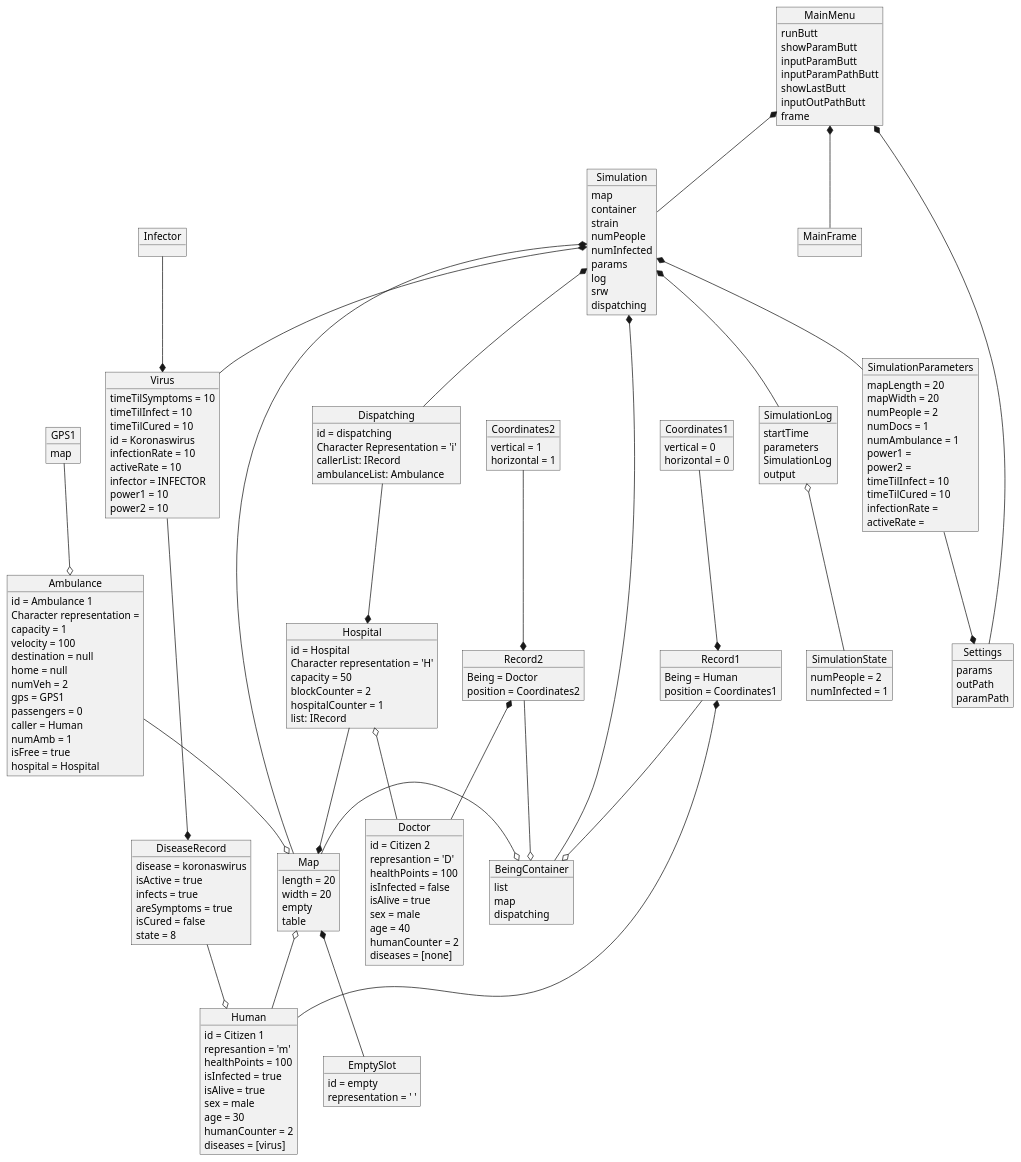
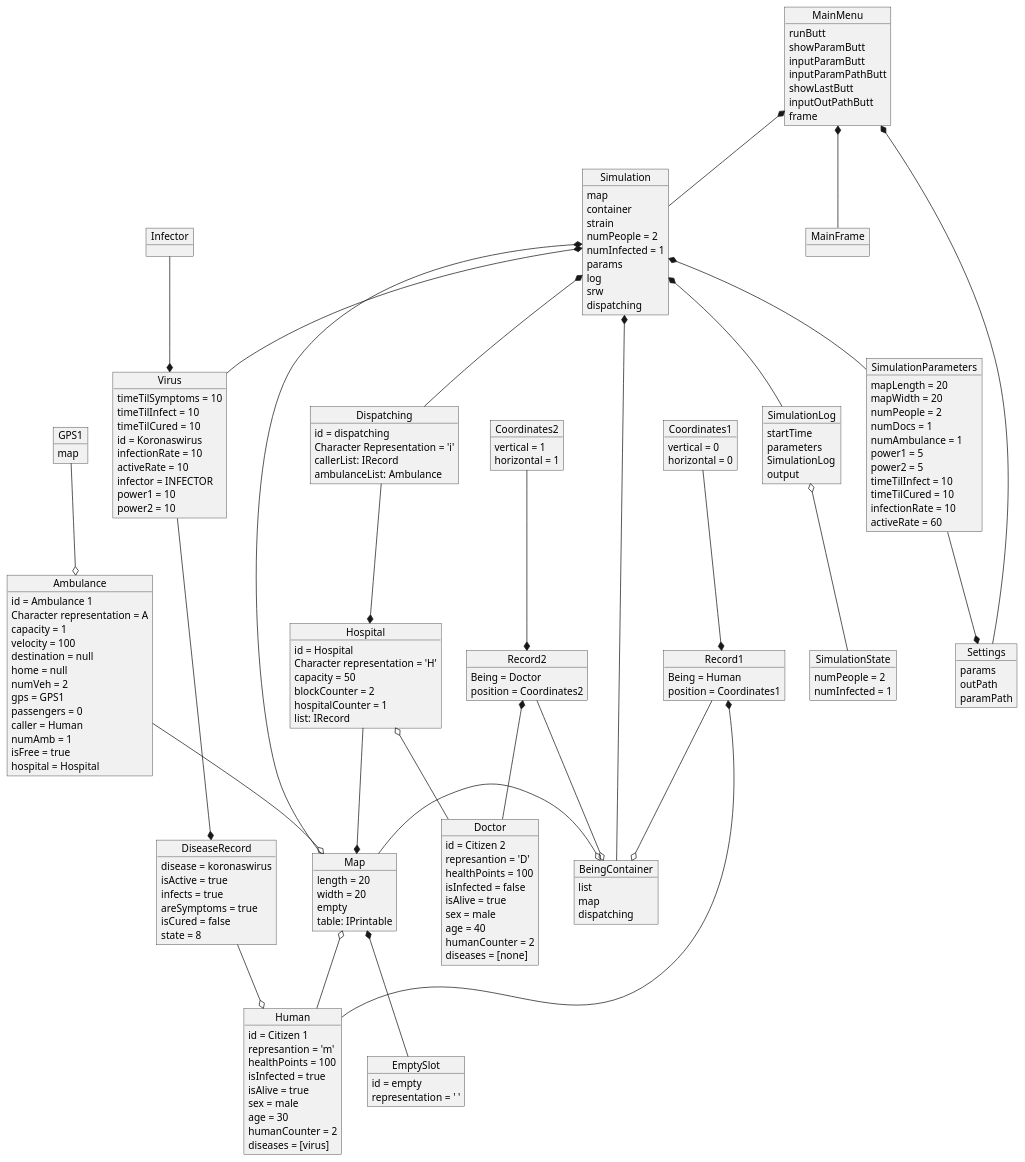
Before and after one commit to karolWazny/plague-repo: the diagram in dokumentacja/Object_diagram/Object_diagram.plantuml, drawn with PlantUML.

```diff
--- a/dokumentacja/Object_diagram/Object_diagram.plantuml
+++ b/dokumentacja/Object_diagram/Object_diagram.plantuml
@@ -31,7 +31,7 @@
 }
 object Ambulance{
     id = Ambulance 1
-    Character representation = 
+    Character representation = A
     capacity = 1
     velocity = 100
     destination = null
@@ -77,7 +77,7 @@
     length = 20
     width = 20
     empty 
-    table 
+    table: IPrintable
 }
 object EmptySlot{
     id = empty
@@ -174,19 +174,19 @@
     numPeople = 2
     numDocs = 1
     numAmbulance = 1
-    power1 = 
-    power2 = 
+    power1 = 5
+    power2 = 5
     timeTilInfect = 10
     timeTilCured = 10
-    infectionRate = 
-    activeRate = 
+    infectionRate = 10
+    activeRate = 60
 }
 object Simulation{
     map
-    container 
+    container
     strain 
-    numPeople 
-    numInfected 
+    numPeople = 2
+    numInfected = 1
     params 
     log 
     srw 
```
